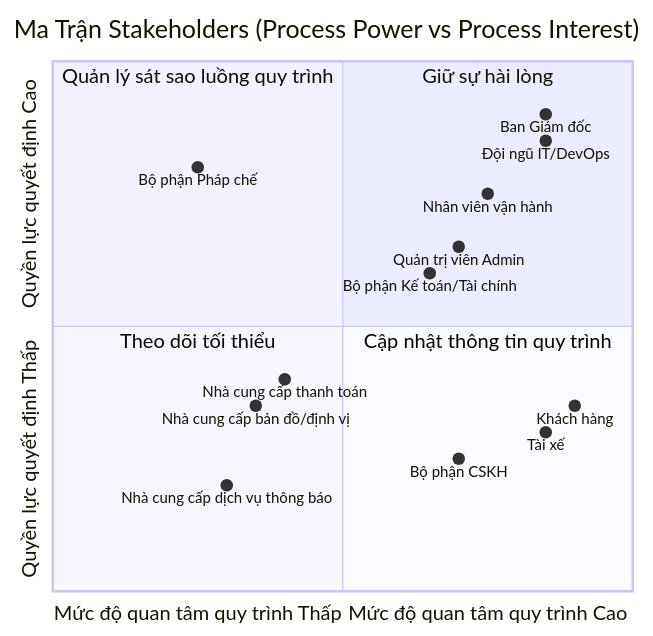
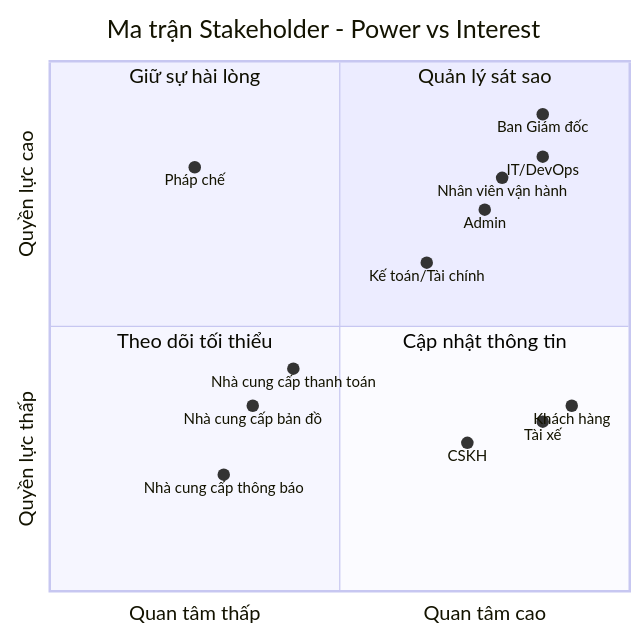
The first of 2 diagrams in README.md (npmaitrinh09-wq/23651511_NguyenPhamMaiTrinh_cabsystem), drawn with Mermaid before and after one commit. The commit also changed other lines of this file, not shown here.

````diff
--- a/README.md
+++ b/README.md
@@ -33,23 +31,27 @@
 ```mermaid
 quadrantChart
-    title Ma Trận Stakeholders (Process Power vs Process Interest)
-    x-axis "Mức độ quan tâm quy trình Thấp " --> "Mức độ quan tâm quy trình Cao"
-    y-axis "Quyền lực quyết định Thấp " --> "Quyền lực quyết định Cao"
-    quadrant-1 "Giữ sự hài lòng"
-    quadrant-2 "Quản lý sát sao luồng quy trình"
+    title Ma trận Stakeholder - Power vs Interest
+    x-axis "Quan tâm thấp" --> "Quan tâm cao"
+    y-axis "Quyền lực thấp" --> "Quyền lực cao"
+
+    quadrant-1 "Quản lý sát sao"
+    quadrant-2 "Giữ sự hài lòng"
     quadrant-3 "Theo dõi tối thiểu"
-    quadrant-4 "Cập nhật thông tin quy trình"
-    
+    quadrant-4 "Cập nhật thông tin"
+
     "Ban Giám đốc": [0.85, 0.90]
-    "Đội ngũ IT/DevOps": [0.85, 0.85]
-    "Nhân viên vận hành": [0.75, 0.75]
-    "Bộ phận Pháp chế": [0.25, 0.80]
-    "Quản trị viên Admin": [0.70, 0.65]
-    "Bộ phận Kế toán/Tài chính": [0.65, 0.60]
+    "IT/DevOps": [0.85, 0.82]
+    "Nhân viên vận hành": [0.78, 0.78]
+    "Admin": [0.75, 0.72]
+
+    "Pháp chế": [0.25, 0.80]
+    "Kế toán/Tài chính": [0.65, 0.62]
+
     "Khách hàng": [0.90, 0.35]
-    "Tài xế": [0.85, 0.30]
-    "Bộ phận CSKH": [0.70, 0.25]
-    "Nhà cung cấp thanh toán": [0.40, 0.40]
-    "Nhà cung cấp bản đồ/định vị": [0.35, 0.35]
-    "Nhà cung cấp dịch vụ thông báo": [0.30, 0.20]
+    "Tài xế": [0.85, 0.32]
+    "CSKH": [0.72, 0.28]
+
+    "Nhà cung cấp thanh toán": [0.42, 0.42]
+    "Nhà cung cấp bản đồ": [0.35, 0.35]
+    "Nhà cung cấp thông báo": [0.30, 0.22]
 ```
````
